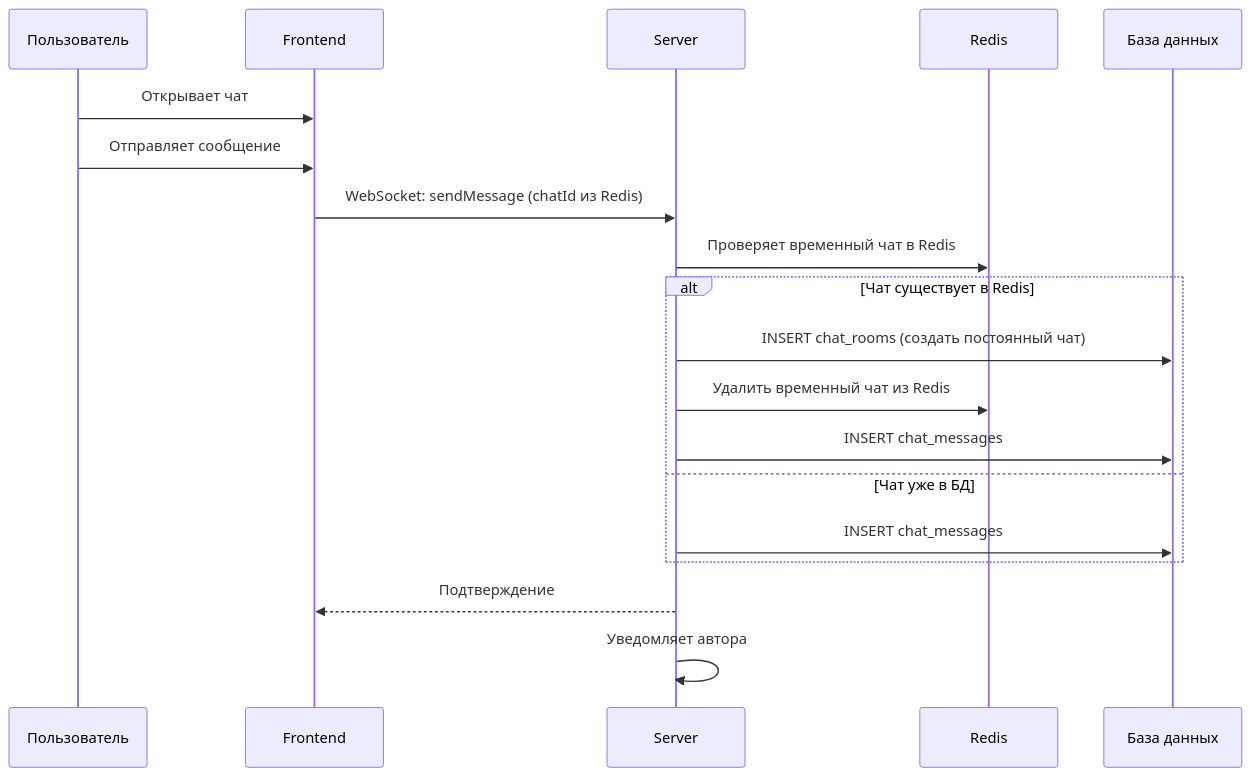
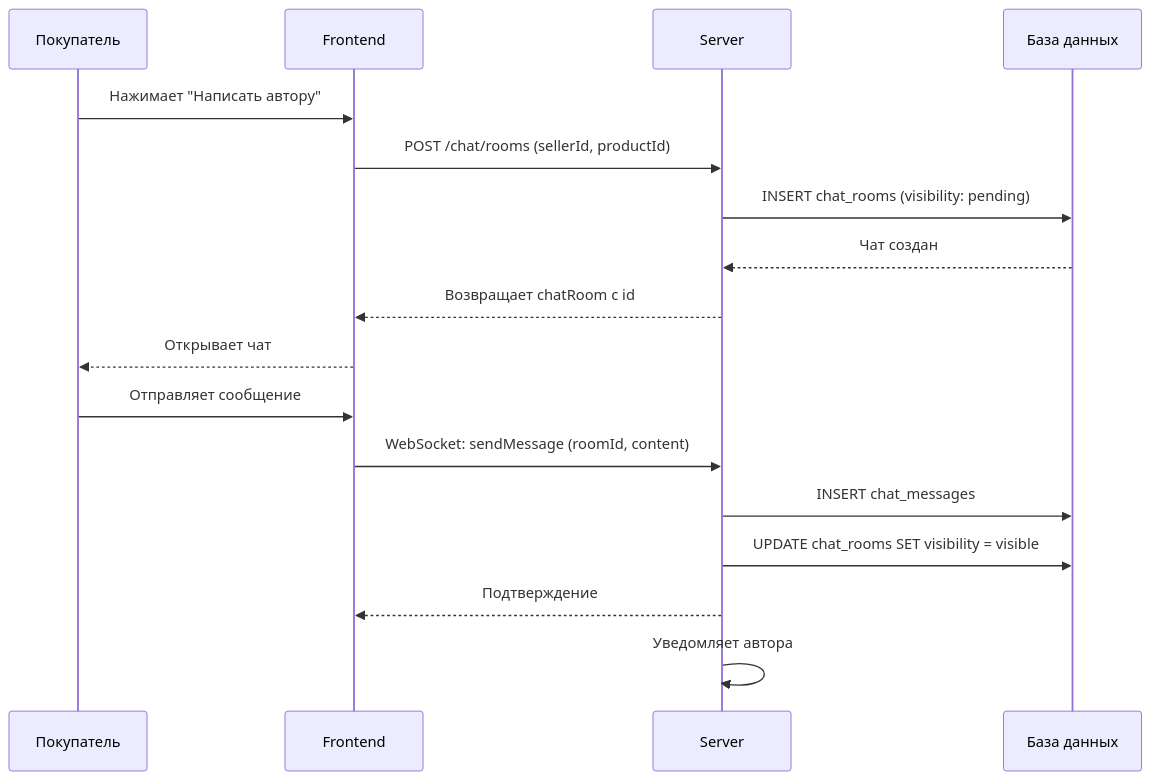
The second of 3 diagrams in plans/chat-messaging-module-plan.md (taofi/diplom_project), drawn with Mermaid before and after one commit. The commit also changed other lines of this file and 27 other files, not shown here.

````diff
--- a/plans/chat-messaging-module-plan.md
+++ b/plans/chat-messaging-module-plan.md
@@ -81,22 +361,21 @@
 ```mermaid
 sequenceDiagram
-    participant U as Пользователь
+    participant P as Покупатель
     participant F as Frontend
     participant S as Server
-    participant R as Redis
     participant DB as База данных
 
-    U->>F: Открывает чат
-    U->>F: Отправляет сообщение
-    F->>S: WebSocket: sendMessage (chatId из Redis)
-    S->>R: Проверяет временный чат в Redis
-    alt Чат существует в Redis
-        S->>DB: INSERT chat_rooms (создать постоянный чат)
-        S->>R: Удалить временный чат из Redis
-        S->>DB: INSERT chat_messages
-    else Чат уже в БД
-        S->>DB: INSERT chat_messages
-    end
+    P->>F: Нажимает "Написать автору"
+    F->>S: POST /chat/rooms (sellerId, productId)
+    S->>DB: INSERT chat_rooms (visibility: pending)
+    DB-->>S: Чат создан
+    S-->>F: Возвращает chatRoom с id
+    F-->>P: Открывает чат
+    
+    P->>F: Отправляет сообщение
+    F->>S: WebSocket: sendMessage (roomId, content)
+    S->>DB: INSERT chat_messages
+    S->>DB: UPDATE chat_rooms SET visibility = visible
     S-->>F: Подтверждение
     S->>S: Уведомляет автора
 ```
````
